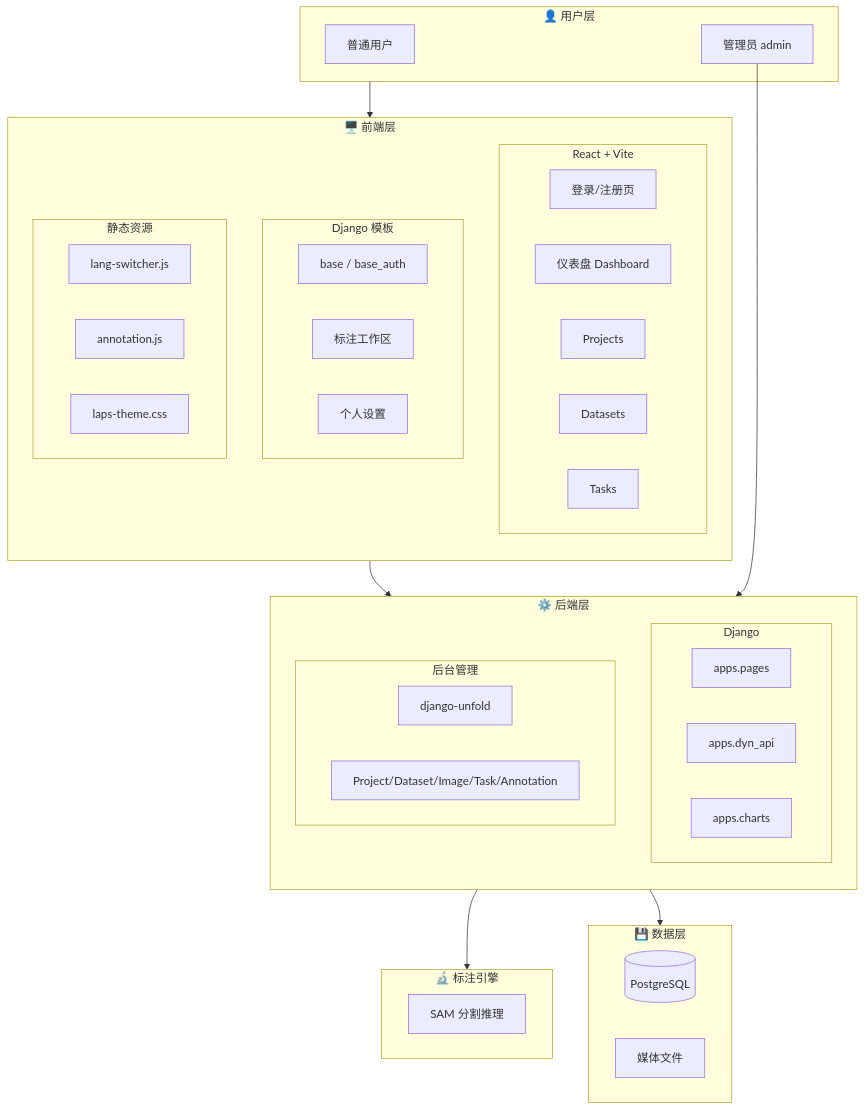
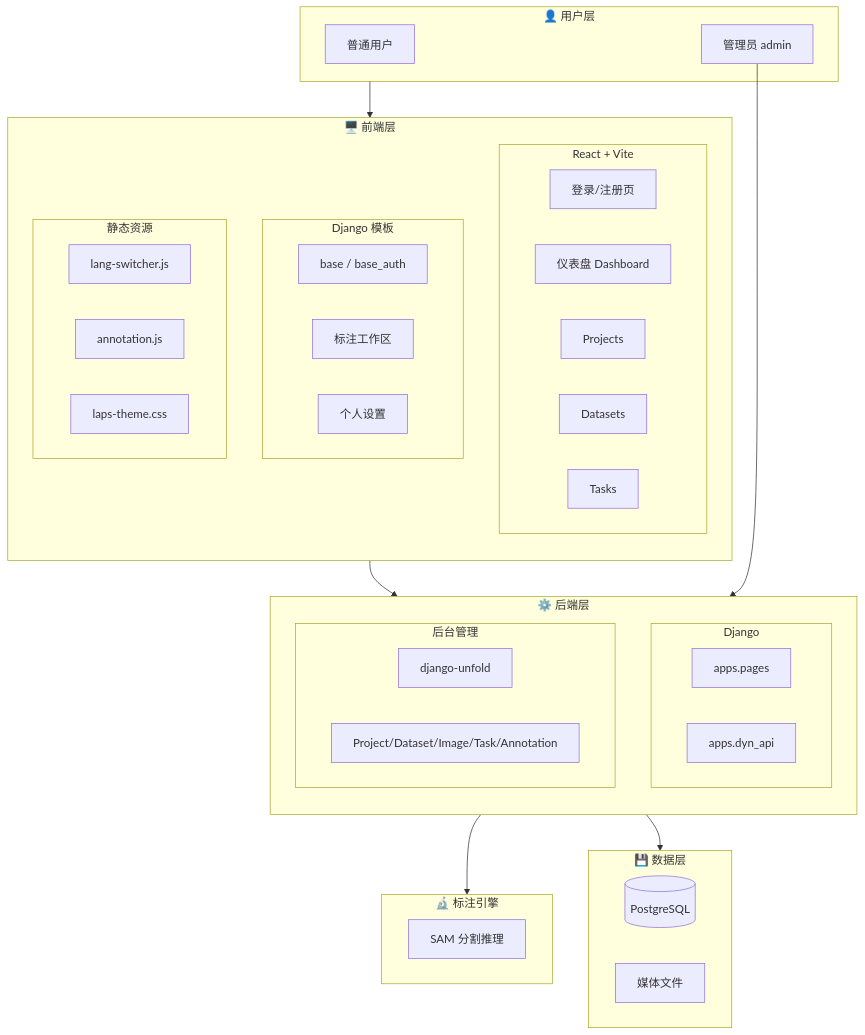
Before and after one commit to Krisnile/LAPS-System: the first of 4 diagrams in ARCHITECTURE.md, drawn with Mermaid. The commit also changed other lines of this file and 66 other files, not shown here.

First line of the commit message:
feat: dashboard charts, perf/cleanup, remove charts app

````diff
--- a/ARCHITECTURE.md
+++ b/ARCHITECTURE.md
@@ -11,56 +11,55 @@
 ```mermaid
 flowchart TB
     subgraph Users["👤 用户层"]
         U1[普通用户]
         U2[管理员 admin]
     end
 
     subgraph Frontend["🖥️ 前端层"]
         direction TB
         subgraph React["React + Vite"]
             R1[登录/注册页]
             R2[仪表盘 Dashboard]
             R3[Projects]
             R4[Datasets]
             R5[Tasks]
         end
         subgraph Templates["Django 模板"]
             T1[base / base_auth]
             T2[标注工作区]
             T3[个人设置]
         end
         subgraph Static["静态资源"]
             S1[lang-switcher.js]
             S2[annotation.js]
             S3[laps-theme.css]
         end
     end
 
     subgraph Backend["⚙️ 后端层"]
         direction TB
         subgraph Django["Django"]
             D1[apps.pages]
             D2[apps.dyn_api]
-            D3[apps.charts]
         end
         subgraph Admin["后台管理"]
             A1[django-unfold]
             A2[Project/Dataset/Image/Task/Annotation]
         end
     end
 
     subgraph Engine["🔬 标注引擎"]
         SAM[SAM 分割推理]
     end
 
     subgraph Data["💾 数据层"]
         DB[(PostgreSQL)]
         Media[媒体文件]
     end
 
     Users --> Frontend
     Frontend --> Backend
     Backend --> Engine
     Backend --> Data
     U2 --> Admin
 ```
````
